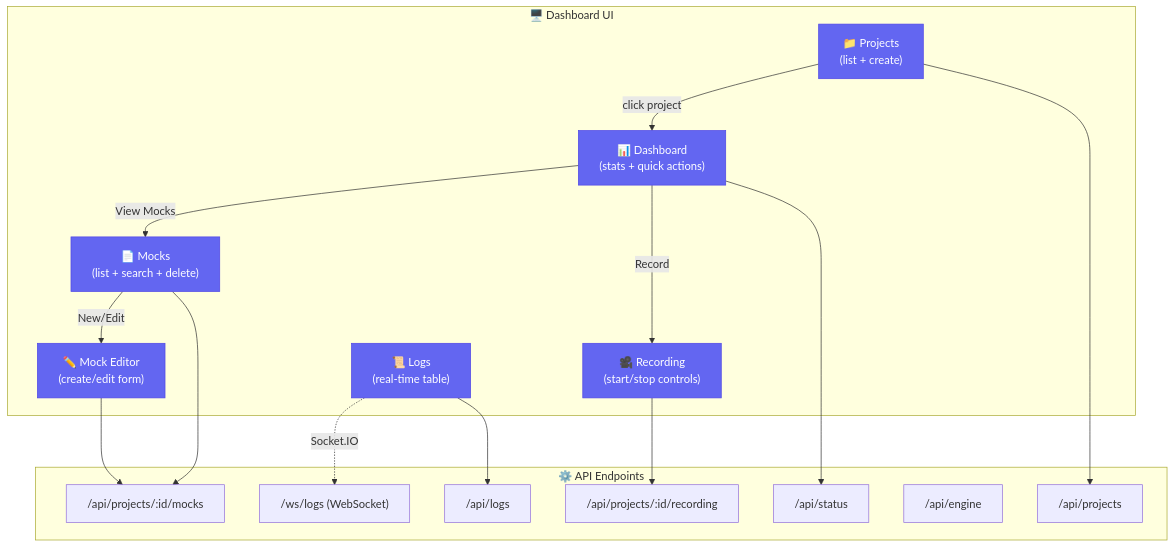
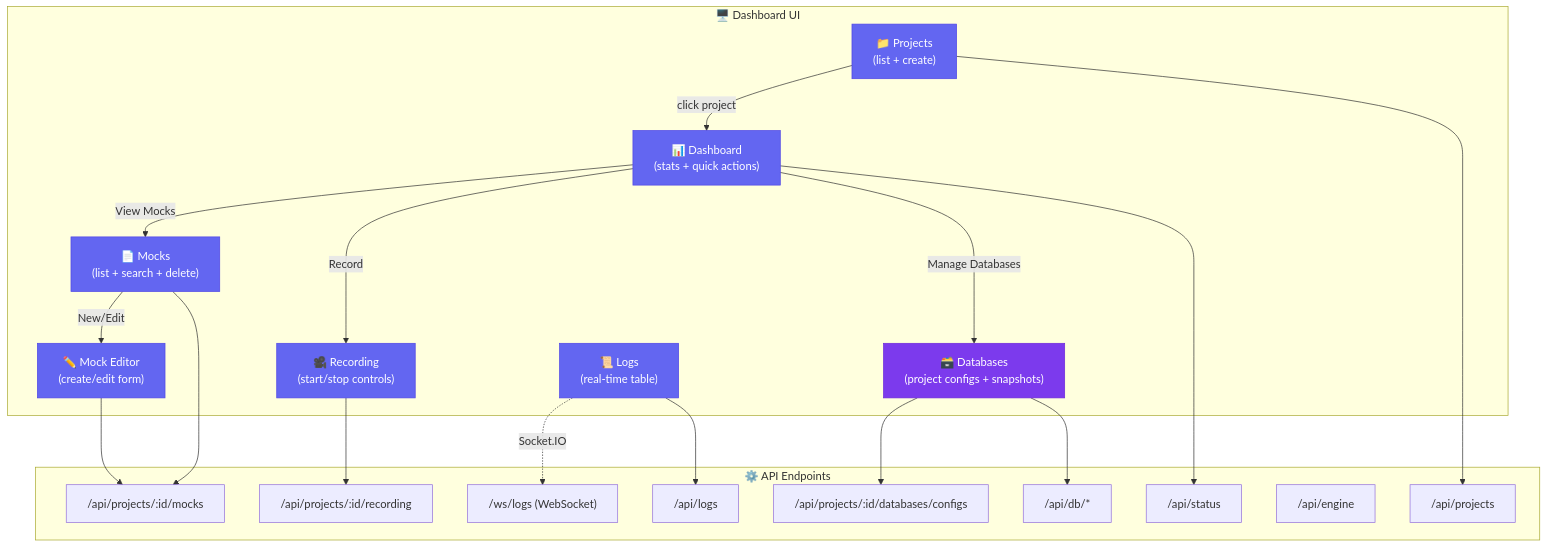
The second of 10 diagrams in README.md (marcelo-davanco/stubrix), drawn with Mermaid before and after one commit. The commit also changed other lines of this file and 1 other file, not shown here.

````diff
--- a/README.md
+++ b/README.md
@@ -114,41 +138,48 @@
 ```mermaid
 graph TD
     subgraph "🖥️ Dashboard UI"
         PP["📁 Projects\n(list + create)"]
         DP["📊 Dashboard\n(stats + quick actions)"]
         MP["📄 Mocks\n(list + search + delete)"]
         ME["✏️ Mock Editor\n(create/edit form)"]
         RP["🎥 Recording\n(start/stop controls)"]
+        DBP["🗃️ Databases\n(project configs + snapshots)"]
         LP["📜 Logs\n(real-time table)"]
     end
 
     subgraph "⚙️ API Endpoints"
         P["/api/projects"]
         M["/api/projects/:id/mocks"]
         R["/api/projects/:id/recording"]
+        DBC["/api/projects/:id/databases/configs"]
+        DB["/api/db/*"]
         L["/api/logs"]
         S["/api/status"]
         E["/api/engine"]
         WS["/ws/logs (WebSocket)"]
     end
 
     PP -->|"click project"| DP
     DP -->|"View Mocks"| MP
     DP -->|"Record"| RP
+    DP -->|"Manage Databases"| DBP
     MP -->|"New/Edit"| ME
     LP -.->|"Socket.IO"| WS
 
     PP --> P
     MP --> M
     ME --> M
     RP --> R
+    DBP --> DBC
+    DBP --> DB
     LP --> L
     DP --> S
 
     style PP fill:#6366f1,color:#fff,stroke:#4f46e5
     style DP fill:#6366f1,color:#fff,stroke:#4f46e5
     style MP fill:#6366f1,color:#fff,stroke:#4f46e5
     style ME fill:#6366f1,color:#fff,stroke:#4f46e5
     style RP fill:#6366f1,color:#fff,stroke:#4f46e5
+    style DBP fill:#7c3aed,color:#fff,stroke:#6d28d9
     style LP fill:#6366f1,color:#fff,stroke:#4f46e5
 ```
````
